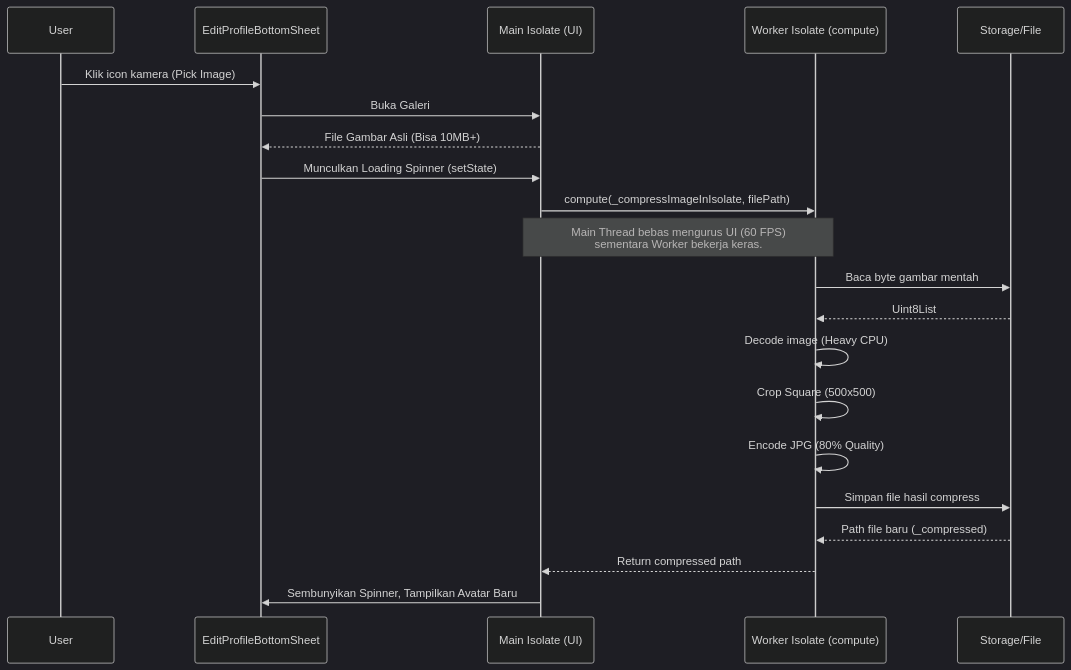
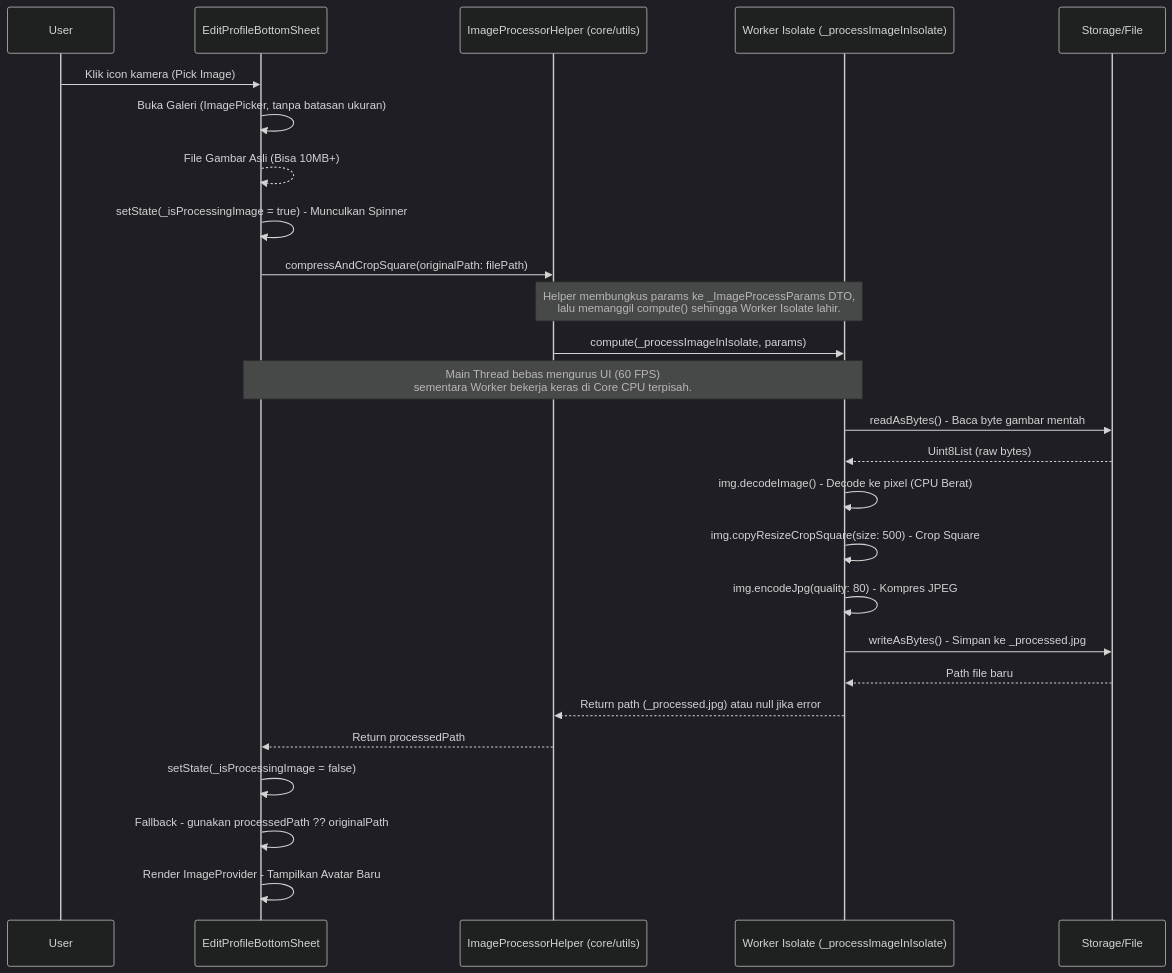
One commit to nunutech40/news-app-flutter changed the first of 3 diagrams in docs/features/update_profile.md. Above: the diagram before and after it, drawn with Mermaid (dark theme). The commit also changed other lines of this file, not shown here.

Commit message:
docs: update profile documentation to reflect ImageProcessorHelper refactor

````diff
--- a/docs/features/update_profile.md
+++ b/docs/features/update_profile.md
@@ -22,28 +31,36 @@
 ```mermaid
 sequenceDiagram
     participant User
     participant UI as EditProfileBottomSheet
-    participant MainThread as Main Isolate (UI)
-    participant Worker as Worker Isolate (compute)
+    participant Helper as ImageProcessorHelper (core/utils)
+    participant Worker as Worker Isolate (_processImageInIsolate)
     participant Disk as Storage/File
 
     User->>UI: Klik icon kamera (Pick Image)
-    UI->>MainThread: Buka Galeri
-    MainThread-->>UI: File Gambar Asli (Bisa 10MB+)
+    UI->>UI: Buka Galeri (ImagePicker, tanpa batasan ukuran)
+    UI-->>UI: File Gambar Asli (Bisa 10MB+)
     
-    UI->>MainThread: Munculkan Loading Spinner (setState)
-    MainThread->>Worker: compute(_compressImageInIsolate, filePath)
+    UI->>UI: setState(_isProcessingImage = true) - Munculkan Spinner
+    UI->>Helper: compressAndCropSquare(originalPath: filePath)
     
-    Note over MainThread,Worker: Main Thread bebas mengurus UI (60 FPS)<br/>sementara Worker bekerja keras.
+    Note over Helper,Worker: Helper membungkus params ke _ImageProcessParams DTO,<br/>lalu memanggil compute() sehingga Worker Isolate lahir.
     
-    Worker->>Disk: Baca byte gambar mentah
-    Disk-->>Worker: Uint8List
-    Worker->>Worker: Decode image (Heavy CPU)
-    Worker->>Worker: Crop Square (500x500)
-    Worker->>Worker: Encode JPG (80% Quality)
-    Worker->>Disk: Simpan file hasil compress
-    Disk-->>Worker: Path file baru (_compressed)
+    Helper->>Worker: compute(_processImageInIsolate, params)
     
-    Worker-->>MainThread: Return compressed path
-    MainThread->>UI: Sembunyikan Spinner, Tampilkan Avatar Baru
+    Note over UI,Worker: Main Thread bebas mengurus UI (60 FPS)<br/>sementara Worker bekerja keras di Core CPU terpisah.
+
+    Worker->>Disk: readAsBytes() - Baca byte gambar mentah
+    Disk-->>Worker: Uint8List (raw bytes)
+    Worker->>Worker: img.decodeImage() - Decode ke pixel (CPU Berat)
+    Worker->>Worker: img.copyResizeCropSquare(size: 500) - Crop Square
+    Worker->>Worker: img.encodeJpg(quality: 80) - Kompres JPEG
+    Worker->>Disk: writeAsBytes() - Simpan ke _processed.jpg
+    Disk-->>Worker: Path file baru
+    
+    Worker-->>Helper: Return path (_processed.jpg) atau null jika error
+    Helper-->>UI: Return processedPath
+    
+    UI->>UI: setState(_isProcessingImage = false)
+    UI->>UI: Fallback - gunakan processedPath ?? originalPath
+    UI->>UI: Render ImageProvider - Tampilkan Avatar Baru
 ```
````
